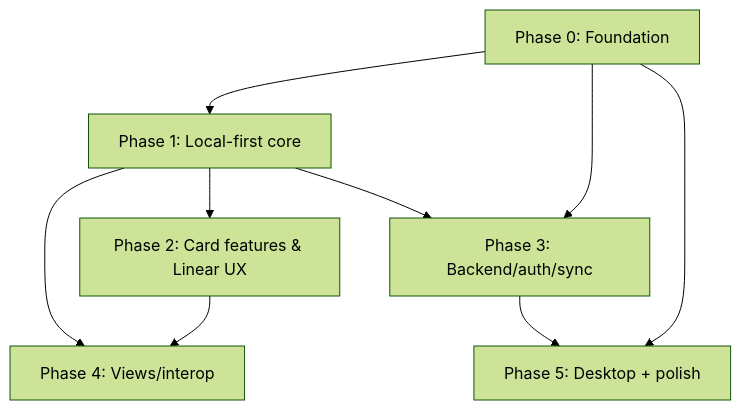
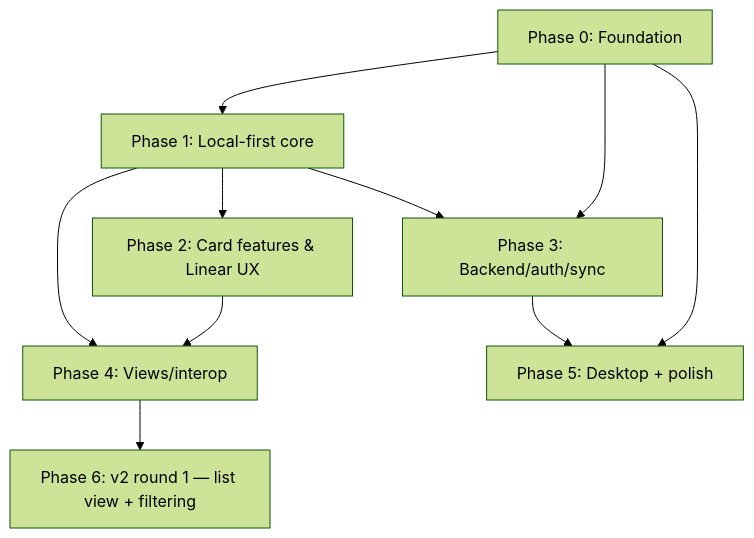
Before and after one commit to hungdoansy/boardly: the third of 3 diagrams in docs/plans/2026-07-09-001-feat-boardly-full-build-plan.md, drawn with Mermaid (forest theme). The commit also changed other lines of this file and 1 other file, not shown here.

First line of the commit message:
Merge v2 round-1 plan (list view + filtering) into the full build plan

````diff
--- a/docs/plans/2026-07-09-001-feat-boardly-full-build-plan.md
+++ b/docs/plans/2026-07-09-001-feat-boardly-full-build-plan.md
@@ -920,11 +1026,12 @@
 ```mermaid
 flowchart TD
   P0[Phase 0: Foundation] --> P1[Phase 1: Local-first core]
   P1 --> P2[Phase 2: Card features & Linear UX]
   P0 --> P3[Phase 3: Backend/auth/sync]
   P1 --> P3
   P2 --> P4[Phase 4: Views/interop]
   P1 --> P4
   P0 --> P5[Phase 5: Desktop + polish]
   P3 --> P5
+  P4 --> P6[Phase 6: v2 round 1 — list view + filtering]
 ```
````
